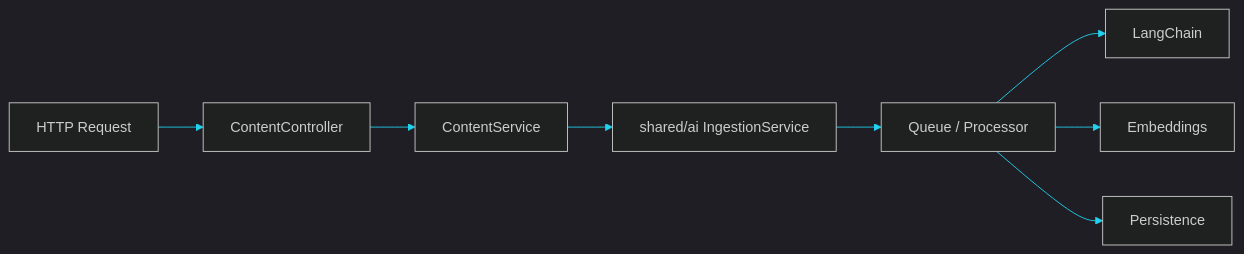
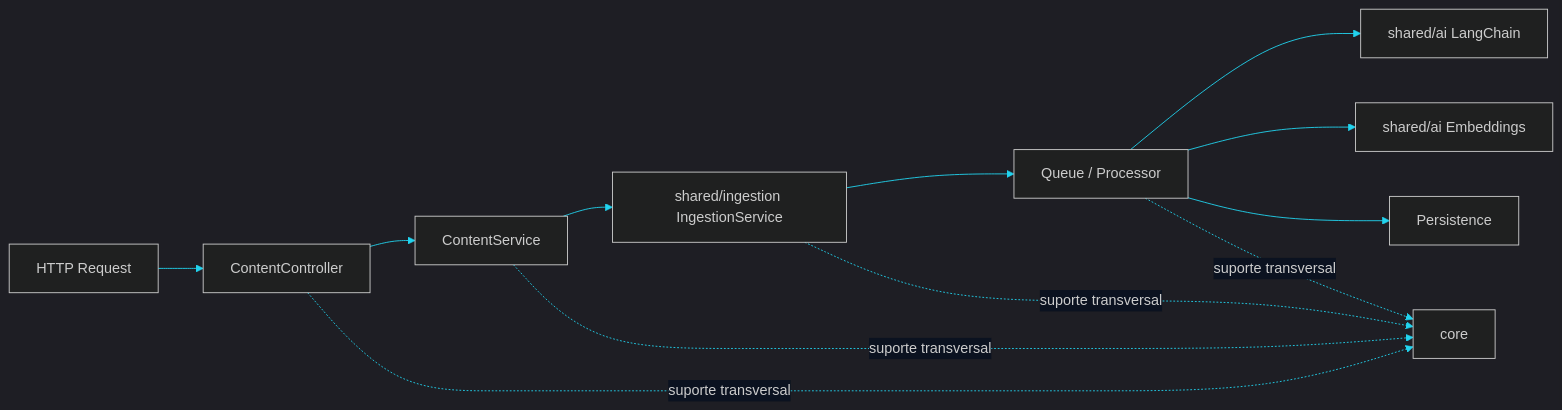
Before and after one commit to matheusdiamantino-betalent/questions-ai: the diagram in PR 28 — Fase 2:  Reestruturação Inicial para Shared AI + Boundary Content.md, drawn with Mermaid. The commit also changed other lines of this file, not shown here.

Commit message:
Update PR 28 — Fase 2:  Reestruturação Inicial para Shared AI + Boundary Content.md

````diff
--- a/PR 28 — Fase 2:  Reestruturação Inicial para Shared AI + Boundary Content.md
+++ b/PR 28 — Fase 2:  Reestruturação Inicial para Shared AI + Boundary Content.md
@@ -109,21 +121,25 @@
 ```mermaid
 %%{init: {'theme':'dark','themeVariables': {
   'primaryColor': '#0f172a',
   'primaryTextColor': '#e5e7eb',
   'primaryBorderColor': '#22d3ee',
   'lineColor': '#22d3ee',
   'secondaryColor': '#111827',
   'tertiaryColor': '#0b1220',
   'clusterBkg': '#0b1220',
   'clusterBorder': '#22d3ee',
   'edgeLabelBackground':'#0b1220'
 }}}%%
 flowchart LR
     A["HTTP Request"] --> B["ContentController"]
     B --> C["ContentService"]
-    C --> D["shared/ai IngestionService"]
+    C --> D["shared/ingestion IngestionService"]
     D --> E["Queue / Processor"]
-    E --> F["LangChain"]
-    E --> G["Embeddings"]
+    E --> F["shared/ai LangChain"]
+    E --> G["shared/ai Embeddings"]
     E --> H["Persistence"]
+    B -. suporte transversal .-> I["core"]
+    C -. suporte transversal .-> I
+    D -. suporte transversal .-> I
+    E -. suporte transversal .-> I
 ```
````
